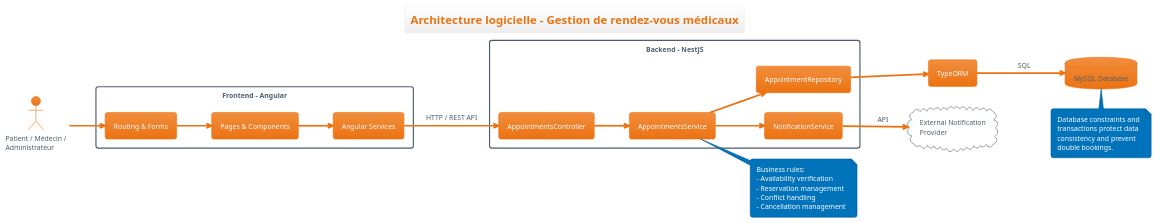
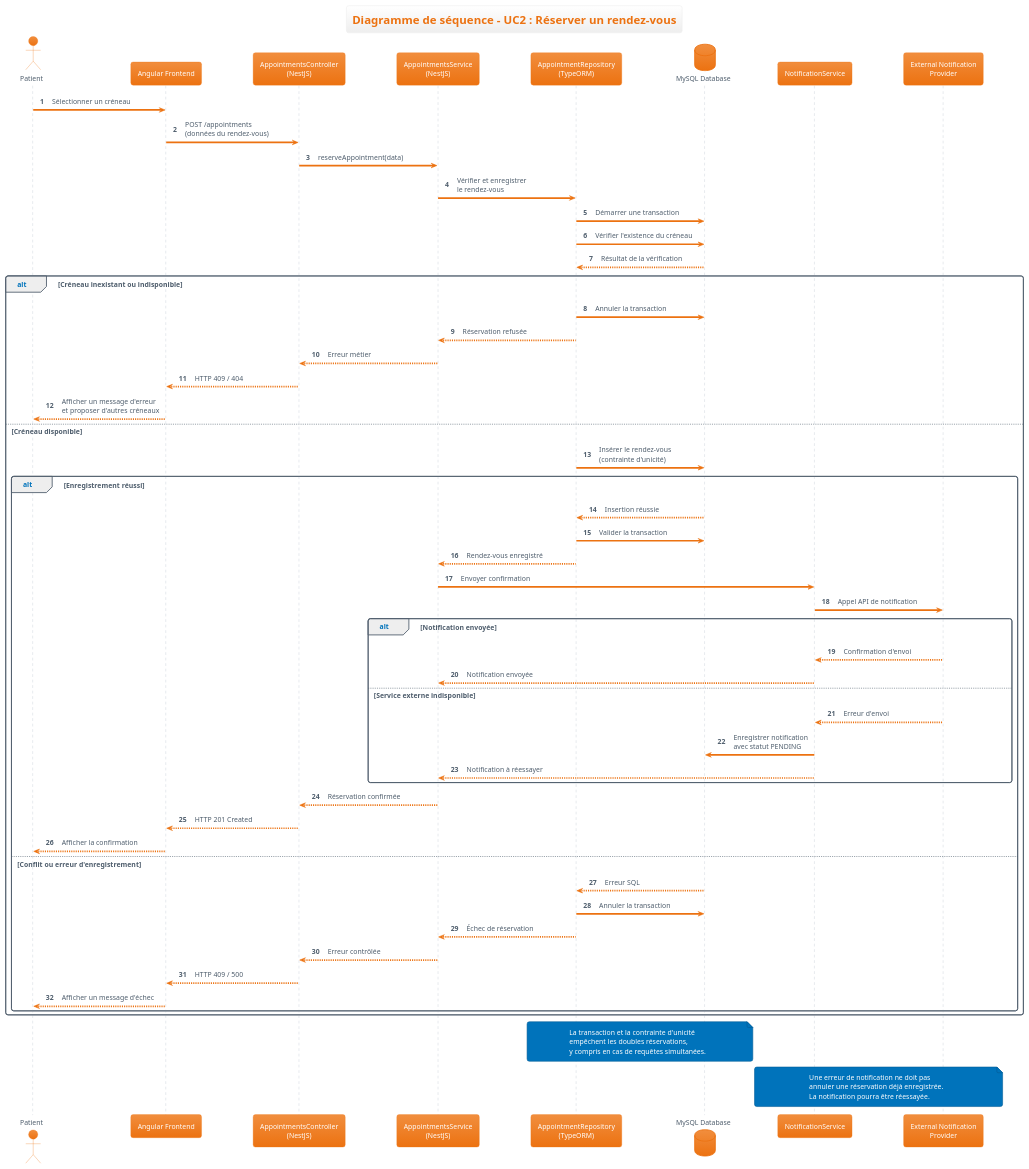
Before and after one commit to Lamouchi-Saif/Atelier_PU: the diagram in docs/architecture.puml, drawn with PlantUML.

Commit message:
docs: update reservation sequence diagram for NestJS architecture

```diff
--- a/docs/architecture.puml
+++ b/docs/architecture.puml
@@ -2,60 +2,79 @@
 @startuml
 !theme aws-orange
-left to right direction
+autonumber
 
-skinparam componentStyle rectangle
-skinparam shadowing false
-skinparam packageStyle rectangle
+title Diagramme de séquence - UC2 : Réserver un rendez-vous
 
-title Architecture logicielle - Gestion de rendez-vous médicaux
+actor Patient
+participant "Angular Frontend" as Frontend
+participant "AppointmentsController\n(NestJS)" as Controller
+participant "AppointmentsService\n(NestJS)" as Service
+participant "AppointmentRepository\n(TypeORM)" as Repository
+database "MySQL Database" as DB
+participant "NotificationService" as Notification
+participant "External Notification\nProvider" as Provider
 
-actor "Patient / Médecin /\nAdministrateur" as User
+Patient -> Frontend : Sélectionner un créneau
+Frontend -> Controller : POST /appointments\n(données du rendez-vous)
+Controller -> Service : reserveAppointment(data)
 
-package "Frontend - Angular" {
-    component "Pages & Components" as Components
-    component "Angular Services" as AngularServices
-    component "Routing & Forms" as AngularUI
+Service -> Repository : Vérifier et enregistrer\nle rendez-vous
+Repository -> DB : Démarrer une transaction
 
-    AngularUI --> Components
-    Components --> AngularServices
-}
+Repository -> DB : Vérifier l'existence du créneau
+DB --> Repository : Résultat de la vérification
 
-package "Backend - NestJS" {
-    component "AppointmentsController" as Controller
-    component "AppointmentsService" as Service
-    component "AppointmentRepository" as Repository
-    component "NotificationService" as NotificationService
+alt Créneau inexistant ou indisponible
+    Repository -> DB : Annuler la transaction
+    Repository --> Service : Réservation refusée
+    Service --> Controller : Erreur métier
+    Controller --> Frontend : HTTP 409 / 404
+    Frontend --> Patient : Afficher un message d'erreur\net proposer d'autres créneaux
 
-    Controller --> Service
-    Service --> Repository
-    Service --> NotificationService
-}
+else Créneau disponible
+    Repository -> DB : Insérer le rendez-vous\n(contrainte d'unicité)
+    
+    alt Enregistrement réussi
+        DB --> Repository : Insertion réussie
+        Repository -> DB : Valider la transaction
+        Repository --> Service : Rendez-vous enregistré
 
-database "MySQL Database" as DB
+        Service -> Notification : Envoyer confirmation
+        Notification -> Provider : Appel API de notification
 
-component "TypeORM" as ORM
+        alt Notification envoyée
+            Provider --> Notification : Confirmation d'envoi
+            Notification --> Service : Notification envoyée
+        else Service externe indisponible
+            Provider --> Notification : Erreur d'envoi
+            Notification -> DB : Enregistrer notification\navec statut PENDING
+            Notification --> Service : Notification à réessayer
+        end
 
-User --> AngularUI
-AngularServices --> Controller : HTTP / REST API
-Repository --> ORM
-ORM --> DB : SQL
+        Service --> Controller : Réservation confirmée
+        Controller --> Frontend : HTTP 201 Created
+        Frontend --> Patient : Afficher la confirmation
 
-cloud "External Notification\nProvider" as Provider
-NotificationService --> Provider : API
+    else Conflit ou erreur d'enregistrement
+        DB --> Repository : Erreur SQL
+        Repository -> DB : Annuler la transaction
+        Repository --> Service : Échec de réservation
+        Service --> Controller : Erreur contrôlée
+        Controller --> Frontend : HTTP 409 / 500
+        Frontend --> Patient : Afficher un message d'échec
+    end
+end
 
-note right of Service
-  Business rules:
-  - Availability verification
-  - Reservation management
-  - Conflict handling
-  - Cancellation management
+note over Repository,DB
+  La transaction et la contrainte d'unicité
+  empêchent les doubles réservations,
+  y compris en cas de requêtes simultanées.
 end note
 
-note bottom of DB
-  Database constraints and
-  transactions protect data
-  consistency and prevent
-  double bookings.
+note over Notification,Provider
+  Une erreur de notification ne doit pas
+  annuler une réservation déjà enregistrée.
+  La notification pourra être réessayée.
 end note
 
 @enduml
```
